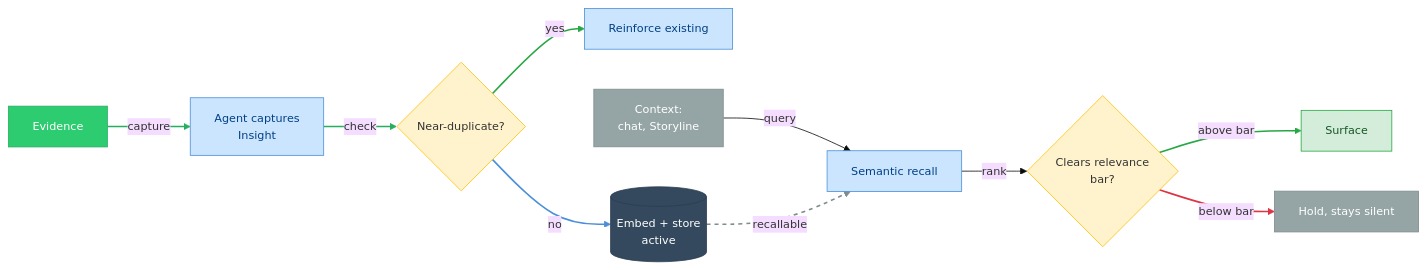
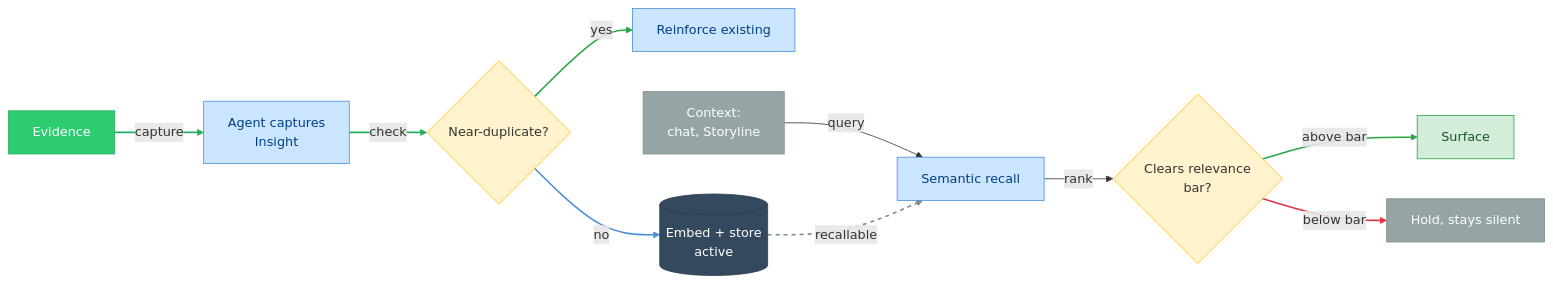
One commit to alex-oleshkevich/dailydrift changed the diagram in specs/insights.md. Above: the diagram before and after it, drawn with Mermaid. The commit also changed other lines of this file and 44 other files, not shown here.

````diff
--- a/specs/insights.md
+++ b/specs/insights.md
@@ -201,38 +213,37 @@
 ```mermaid
-%%{init: {'theme': 'base', 'themeVariables': {'fontSize': '14px'}}}%%
 flowchart LR
     classDef fact fill:#2ECC71,stroke:#27AE60,color:#fff
     classDef action fill:#CCE5FF,stroke:#4A90D9,color:#004085
     classDef decision fill:#FFF3CD,stroke:#FFC107,color:#333
     classDef store fill:#34495E,stroke:#2C3E50,color:#fff
     classDef success fill:#D4EDDA,stroke:#28A745,color:#155724
     classDef muted fill:#95A5A6,stroke:#7F8C8D,color:#fff
 
     EV["Evidence"]:::fact
-    CAP["Agent captures\nInsight"]:::action
+    CAP["Agent captures<br/>Insight"]:::action
     DUP{"Near-duplicate?"}:::decision
     RE["Reinforce existing"]:::action
-    EMB[("Embed + store\nactive")]:::store
-    CTX["Context:\nchat, Storyline"]:::muted
+    EMB[("Embed + store<br/>active")]:::store
+    CTX["Context:<br/>chat, Storyline"]:::muted
     Q["Semantic recall"]:::action
-    BAR{"Clears relevance\nbar?"}:::decision
+    BAR{"Clears relevance<br/>bar?"}:::decision
     SURF["Surface"]:::success
     HOLD["Hold, stays silent"]:::muted
 
     EV -->|"capture"| CAP
     CAP -->|"check"| DUP
     DUP -->|"yes"| RE
     DUP -->|"no"| EMB
     CTX -->|"query"| Q
     EMB -.->|"recallable"| Q
     Q -->|"rank"| BAR
     BAR -->|"above bar"| SURF
     BAR -->|"below bar"| HOLD
 
     linkStyle 0,1 stroke:#27AE60,stroke-width:2px
     linkStyle 2 stroke:#28A745,stroke-width:2px
     linkStyle 3 stroke:#4A90D9,stroke-width:2px
     linkStyle 5 stroke:#7F8C8D,stroke-width:2px,stroke-dasharray:5 5
     linkStyle 7 stroke:#28A745,stroke-width:2px
     linkStyle 8 stroke:#DC3545,stroke-width:2px
 ```
````
